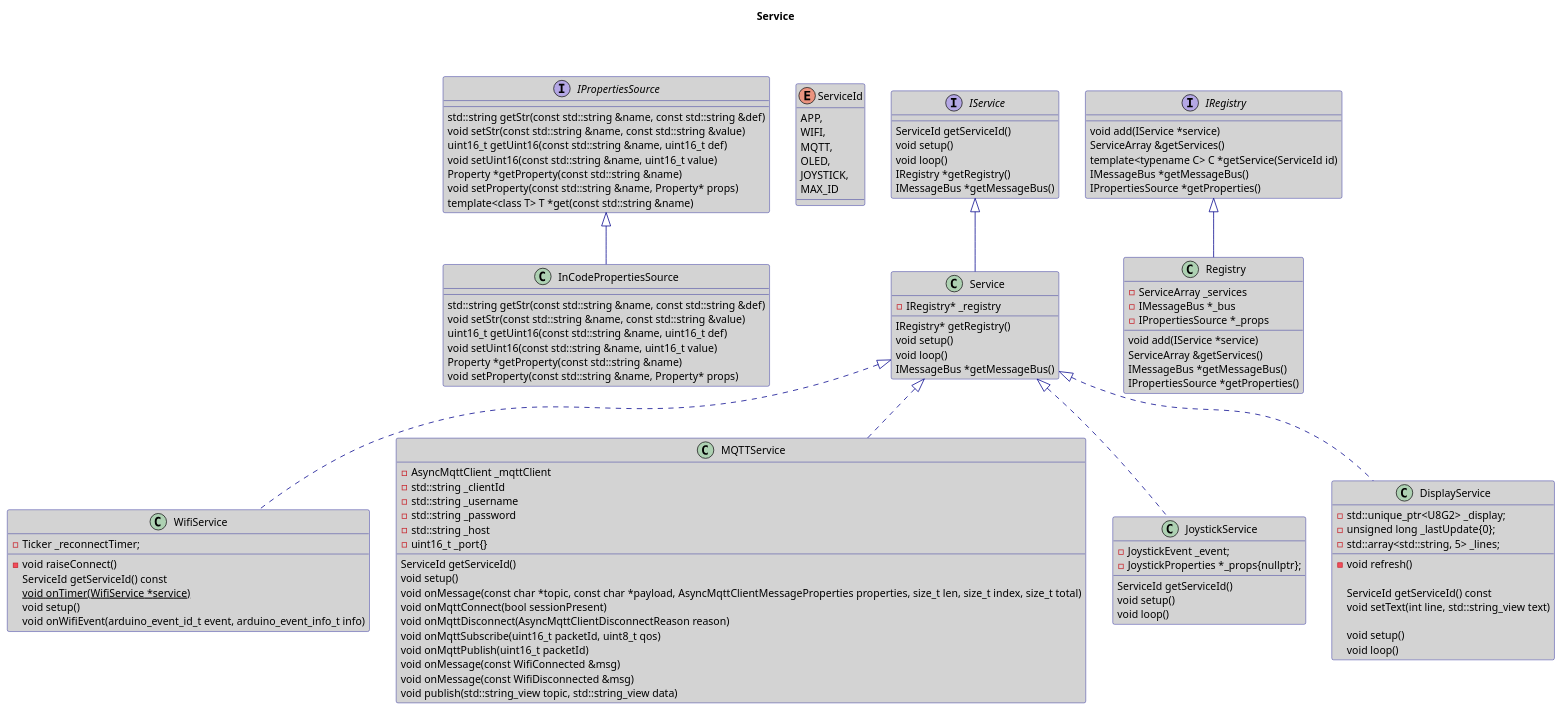
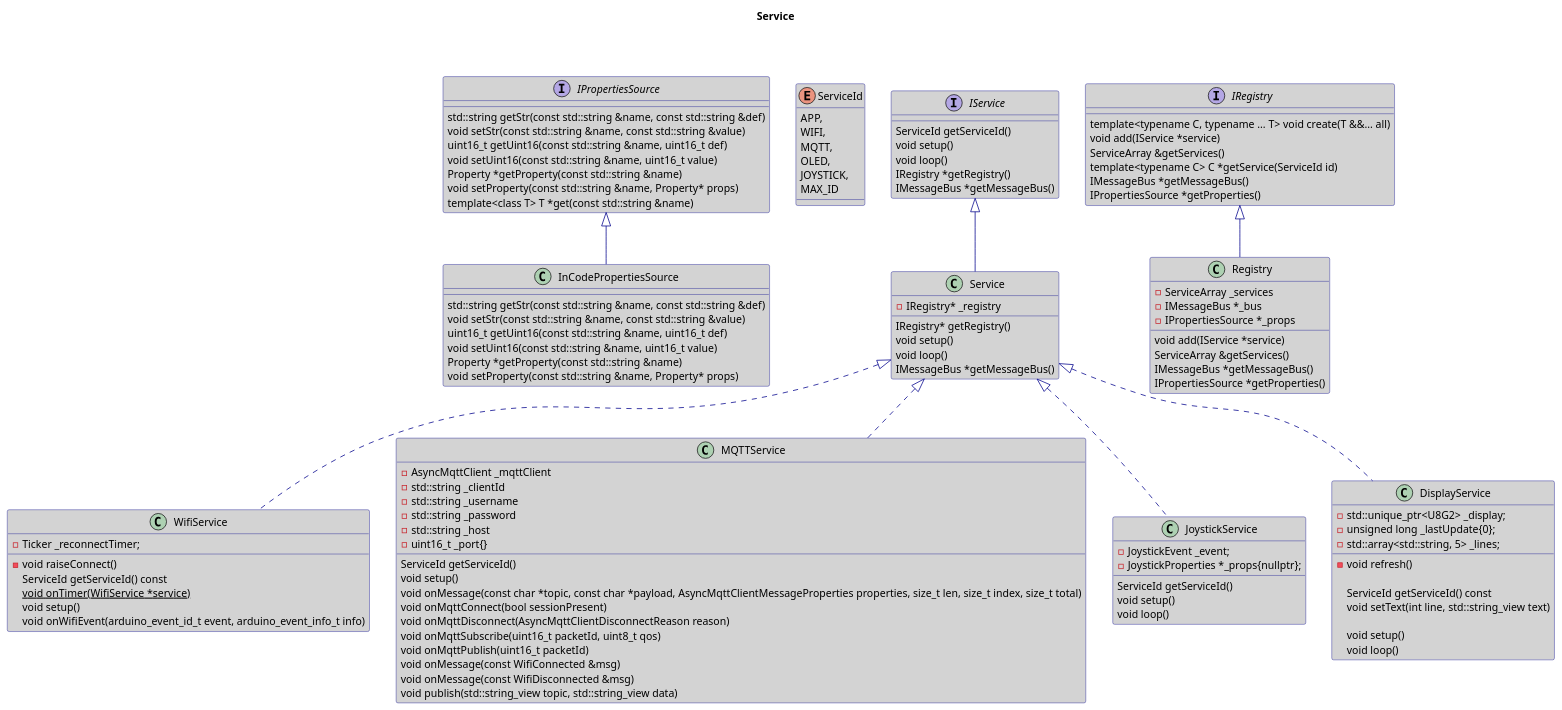
Before and after one commit to darvik80/esp32-core: the diagram in Service.puml, drawn with PlantUML. The commit also changed 1 other file, not shown here.

Commit message:
registry.create

```diff
--- a/Service.puml
+++ b/Service.puml
@@ -1,140 +1,141 @@
 @startuml
 
 skinparam backgroundColor White
 skinparam classBackgroundColor LightGray
 skinparam arrowColor DarkBlue
 skinparam classBorderColor DarkBlue
 
 title Service
 
 enum ServiceId {
     APP,
     WIFI,
     MQTT,
     OLED,
     JOYSTICK,
     MAX_ID
 }
 
 interface IService {
     ServiceId getServiceId()
     void setup()
     void loop()
     IRegistry *getRegistry()
     IMessageBus *getMessageBus()
 }
 
 interface IPropertiesSource {
     std::string getStr(const std::string &name, const std::string &def)
     void setStr(const std::string &name, const std::string &value)
     uint16_t getUint16(const std::string &name, uint16_t def)
     void setUint16(const std::string &name, uint16_t value)
     Property *getProperty(const std::string &name)
     void setProperty(const std::string &name, Property* props)
     template<class T> T *get(const std::string &name)
 }
 
 interface IRegistry {
+    template<typename C, typename ... T> void create(T &&... all)
     void add(IService *service)
     ServiceArray &getServices()
     template<typename C> C *getService(ServiceId id)
     IMessageBus *getMessageBus()
     IPropertiesSource *getProperties()
 }
 
 class Service {
     -IRegistry* _registry
     IRegistry* getRegistry()
     void setup()
     void loop()
     IMessageBus *getMessageBus()
 }
 
 IService <|-- Service
 
 class InCodePropertiesSource {
     std::string getStr(const std::string &name, const std::string &def)
     void setStr(const std::string &name, const std::string &value)
     uint16_t getUint16(const std::string &name, uint16_t def)
     void setUint16(const std::string &name, uint16_t value)
     Property *getProperty(const std::string &name)
     void setProperty(const std::string &name, Property* props)
 }
 
 IPropertiesSource <|-- InCodePropertiesSource
 
 class Registry {
     -ServiceArray _services
     -IMessageBus *_bus
     -IPropertiesSource *_props
     void add(IService *service)
     ServiceArray &getServices()
     IMessageBus *getMessageBus()
     IPropertiesSource *getProperties()
 }
 
 IRegistry <|-- Registry
 
 class WifiService {
     -Ticker _reconnectTimer;
     -void raiseConnect()
     ServiceId getServiceId() const
     {static} void onTimer(WifiService *service)
     void setup()
     void onWifiEvent(arduino_event_id_t event, arduino_event_info_t info)
 }
 
 Service <|.. WifiService
 
 class MQTTService {
     -AsyncMqttClient _mqttClient
     -std::string _clientId
     -std::string _username
     -std::string _password
     -std::string _host
     -uint16_t _port{}
     ServiceId getServiceId()
     void setup()
     void onMessage(const char *topic, const char *payload, AsyncMqttClientMessageProperties properties, size_t len, size_t index, size_t total)
     void onMqttConnect(bool sessionPresent)
     void onMqttDisconnect(AsyncMqttClientDisconnectReason reason)
     void onMqttSubscribe(uint16_t packetId, uint8_t qos)
     void onMqttPublish(uint16_t packetId)
     void onMessage(const WifiConnected &msg)
     void onMessage(const WifiDisconnected &msg)
     void publish(std::string_view topic, std::string_view data)
 }
 
 Service <|.. MQTTService
 
 class JoystickService {
     -JoystickEvent _event;
     -JoystickProperties *_props{nullptr};
 
     ServiceId getServiceId()
     void setup()
     void loop()
 }
 
 Service <|.. JoystickService
 
 class DisplayService {
     -std::unique_ptr<U8G2> _display;
     -unsigned long _lastUpdate{0};
     -std::array<std::string, 5> _lines;
 
     -void refresh()
 
     ServiceId getServiceId() const
     void setText(int line, std::string_view text)
 
     void setup()
     void loop()
 }
 
 Service <|.. DisplayService
 
 IPropertiesSource --r[hidden]-> IService
 ServiceId --r[hidden]-> IService
 
 @enduml
```
